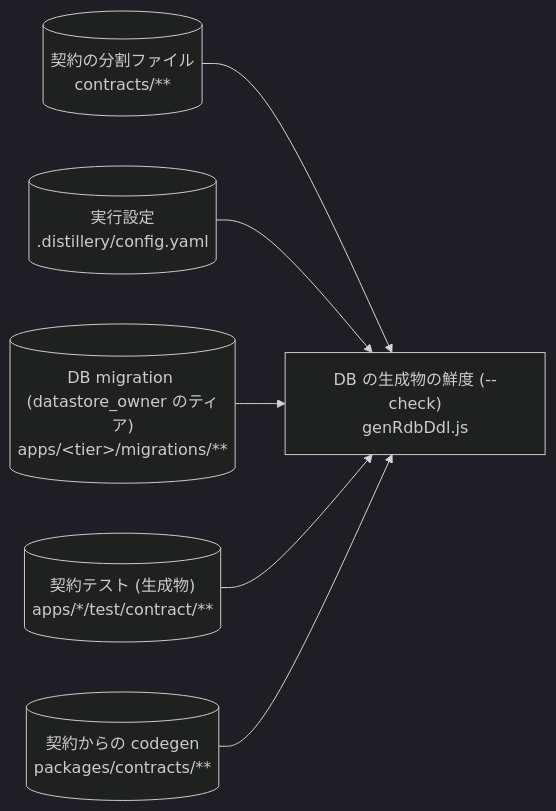
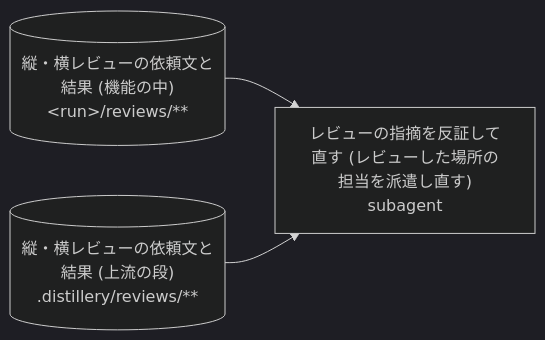
One commit to suwa-sh/suwa-sh-claude-plugins changed diagram 34 of 50 in plugins/distillery2/skills/d2-common/references/dataflow.md. Above: the diagram before and after it, drawn with Mermaid (dark theme). The commit also changed other lines of this file and 12 other files, not shown here.

````diff
--- a/plugins/distillery2/skills/d2-common/references/dataflow.md
+++ b/plugins/distillery2/skills/d2-common/references/dataflow.md
@@ -873,14 +878,8 @@
 ```mermaid
 flowchart LR
-  p_run_feedback_check_rdb_ddl["DB の生成物の鮮度 (--check)<br/>genRdbDdl.js"]
-  s_contracts_src[("契約の分割ファイル<br/>contracts/**")]
-  s_config[("実行設定<br/>.distillery/config.yaml")]
-  s_migrations[("DB migration (datastore_owner のティア)<br/>apps/#lt;tier#gt;/migrations/**")]
-  s_contract_tests[("契約テスト (生成物)<br/>apps/*/test/contract/**")]
-  s_contracts_code[("契約からの codegen<br/>packages/contracts/**")]
-  s_contracts_src --> p_run_feedback_check_rdb_ddl
-  s_config --> p_run_feedback_check_rdb_ddl
-  s_migrations --> p_run_feedback_check_rdb_ddl
-  s_contract_tests --> p_run_feedback_check_rdb_ddl
-  s_contracts_code --> p_run_feedback_check_rdb_ddl
+  p_refute["レビューの指摘を反証して直す (レビューした場所の担当を派遣し直す)<br/>subagent"]
+  s_reviews_run[("縦・横レビューの依頼文と結果 (機能の中)<br/>#lt;run#gt;/reviews/**")]
+  s_reviews_upstream[("縦・横レビューの依頼文と結果 (上流の段)<br/>.distillery/reviews/**")]
+  s_reviews_run --> p_refute
+  s_reviews_upstream --> p_refute
 ```
````
